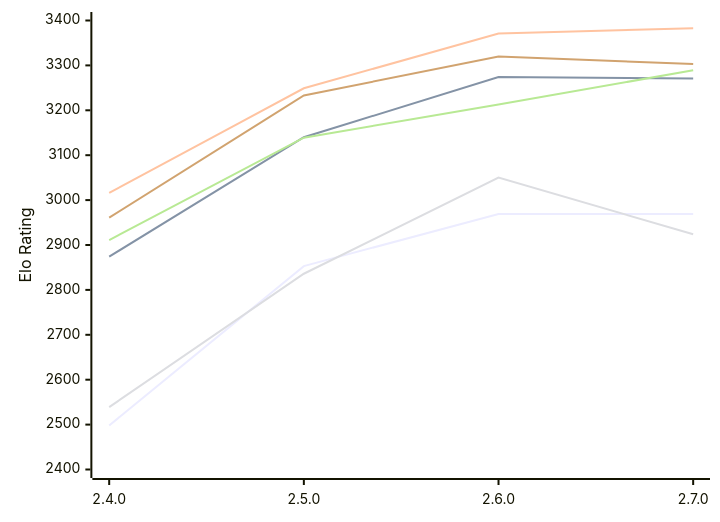
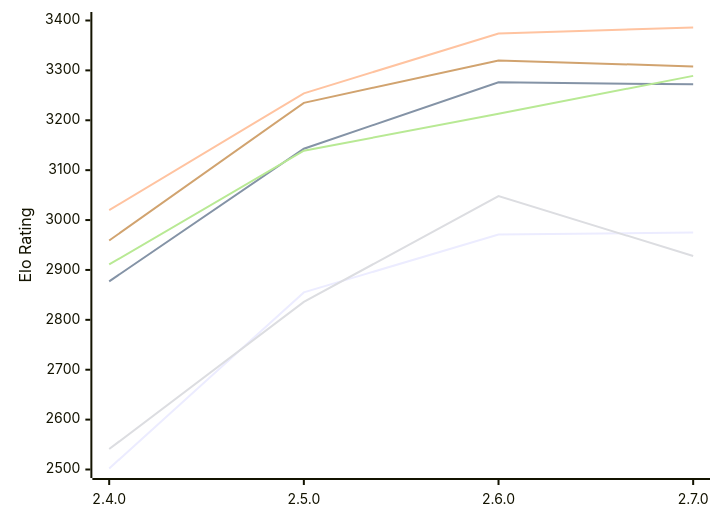
The diagram in engines/Rarog.md (computer-chess-index/cci), drawn with Mermaid before and after one commit. The commit also changed other lines of this file, not shown here.

Commit message:
Update CCI Ratings (ELO VLTC) - 2026-11-22

````diff
--- a/engines/Rarog.md
+++ b/engines/Rarog.md
@@ -53,12 +53,12 @@
 ```mermaid
 %%{init: {"theme":"base","themeVariables":{"seriesColors:['#a3a3a3','#222221','#faa371']}}}%%
 xychart-beta
   x-axis ["2.4.0", "2.5.0", "2.6.0", "2.7.0"]
-  y-axis "Elo Rating" 2400 --> 3400
-  line "E1: STC (8.0+0.08s)" [2498, 2853, 2969, 2969]
-  line "E1: LTC (60.0+0.60s)" [2874, 3140, 3274, 3271]
-  line "E1: VLTC (2m24s+1.12s)" [3016, 3249, 3371, 3383]
-  line "P1: STC (8.0+0.08s)" [2539, 2836, 3050, 2924]
+  y-axis "Elo Rating" 2500 --> 3400
+  line "E1: STC (8.0+0.08s)" [2502, 2855, 2971, 2975]
+  line "E1: LTC (60.0+0.60s)" [2877, 3143, 3276, 3272]
+  line "E1: VLTC (2m24s+1.12s)" [3020, 3254, 3374, 3386]
+  line "P1: STC (8.0+0.08s)" [2541, 2836, 3048, 2928]
   line "P1: LTC (60.0+0.60s)" [2911, 3139, 3213, 3289]
-  line "P1: VLTC (2m24s+1.12s)" [2961, 3233, 3320, 3303]
+  line "P1: VLTC (2m24s+1.12s)" [2959, 3235, 3320, 3308]
 ```
````
